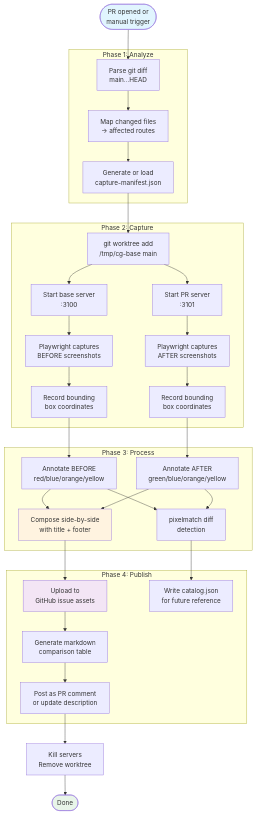
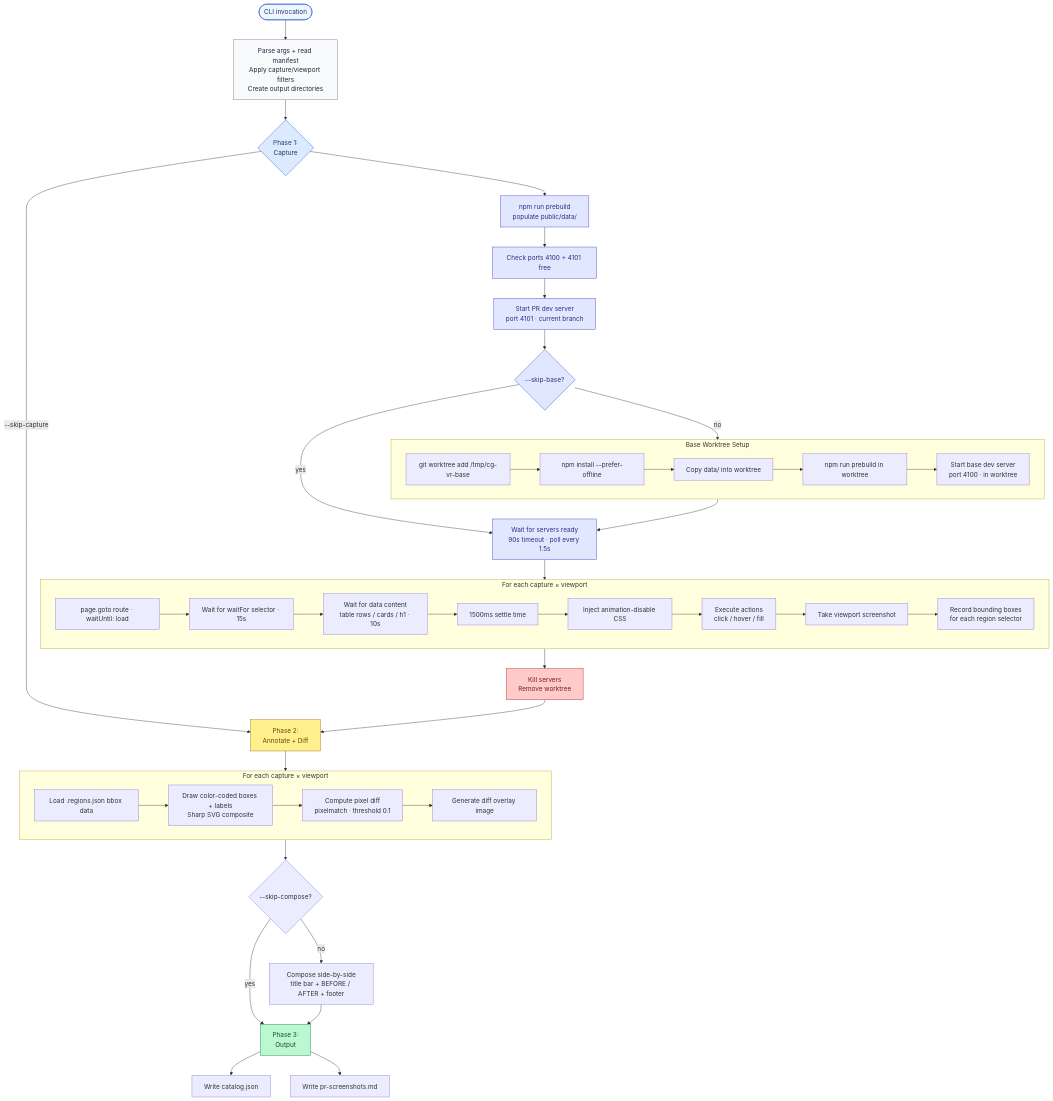
The second of 3 diagrams in docs/visual-regression-system.md (TextureHQ/commongrid), drawn with Mermaid before and after one commit. The commit also changed other lines of this file and 3 other files, not shown here.

Commit message:
docs: rewrite visual regression system as as-built reference with mermaid diagrams

````diff
--- a/docs/visual-regression-system.md
+++ b/docs/visual-regression-system.md
@@ -560,59 +56,69 @@
 ```mermaid
 flowchart TD
-    START([PR opened or<br/>manual trigger]) --> PARSE
+    START([CLI invocation]) --> INIT[Parse args + read manifest<br>Apply capture/viewport filters<br>Create output directories]
 
-    subgraph "Phase 1: Analyze"
-        PARSE[Parse git diff<br/>main...HEAD]
-        ROUTE[Map changed files<br/>→ affected routes]
-        GEN[Generate or load<br/>capture-manifest.json]
-        PARSE --> ROUTE --> GEN
+    INIT --> P1{Phase 1:<br>Capture}
+    P1 -- "--skip-capture" --> P2
+
+    P1 --> PREBUILD[npm run prebuild<br>populate public/data/]
+    PREBUILD --> PORTS[Check ports 4100 + 4101 free]
+    PORTS --> PR_SERVER[Start PR dev server<br>port 4101 · current branch]
+
+    PR_SERVER --> SKIP_BASE{--skip-base?}
+    SKIP_BASE -- yes --> WAIT
+    SKIP_BASE -- no --> WORKTREE
+
+    subgraph WORKTREE [Base Worktree Setup]
+        WT1[git worktree add /tmp/cg-vr-base] --> WT2[npm install --prefer-offline]
+        WT2 --> WT3[Copy data/ into worktree]
+        WT3 --> WT4[npm run prebuild in worktree]
+        WT4 --> WT5[Start base dev server<br>port 4100 · in worktree]
     end
 
-    subgraph "Phase 2: Capture"
-        WORK[git worktree add<br/>/tmp/cg-base main]
-        BASE_S[Start base server<br/>:3100]
-        PR_S[Start PR server<br/>:3101]
-        CAP_B[Playwright captures<br/>BEFORE screenshots]
-        CAP_A[Playwright captures<br/>AFTER screenshots]
-        BBOX_B[Record bounding<br/>box coordinates]
-        BBOX_A[Record bounding<br/>box coordinates]
+    WORKTREE --> WAIT[Wait for servers ready<br>90s timeout · poll every 1.5s]
 
-        WORK --> BASE_S & PR_S
-        BASE_S --> CAP_B --> BBOX_B
-        PR_S --> CAP_A --> BBOX_A
+    WAIT --> CAPTURE
+
+    subgraph CAPTURE [For each capture × viewport]
+        C1[page.goto route · waitUntil: load] --> C2[Wait for waitFor selector · 15s]
+        C2 --> C3[Wait for data content<br>table rows / cards / h1 · 10s]
+        C3 --> C4[1500ms settle time]
+        C4 --> C5[Inject animation-disable CSS]
+        C5 --> C6[Execute actions<br>click / hover / fill]
+        C6 --> C7[Take viewport screenshot]
+        C7 --> C8[Record bounding boxes<br>for each region selector]
     end
 
-    subgraph "Phase 3: Process"
-        ANN_B[Annotate BEFORE<br/>red/blue/orange/yellow]
-        ANN_A[Annotate AFTER<br/>green/blue/orange/yellow]
-        COMP[Compose side-by-side<br/>with title + footer]
-        DIFF[pixelmatch diff<br/>detection]
+    CAPTURE --> CLEANUP[Kill servers<br>Remove worktree]
+    CLEANUP --> P2
 
-        BBOX_B --> ANN_B
-        BBOX_A --> ANN_A
-        ANN_B --> COMP
-        ANN_A --> COMP
-        ANN_B --> DIFF
-        ANN_A --> DIFF
+    P2[Phase 2:<br>Annotate + Diff]
+
+    subgraph ANNOTATE [For each capture × viewport]
+        A1[Load .regions.json bbox data] --> A2[Draw color-coded boxes + labels<br>Sharp SVG composite]
+        A2 --> A3[Compute pixel diff<br>pixelmatch · threshold 0.1]
+        A3 --> A4[Generate diff overlay image]
     end
 
-    subgraph "Phase 4: Publish"
-        UPLOAD_IMG[Upload to<br/>GitHub issue assets]
-        MD_TABLE[Generate markdown<br/>comparison table]
-        PR_COMMENT[Post as PR comment<br/>or update description]
-        CATALOG[Write catalog.json<br/>for future reference]
+    P2 --> ANNOTATE
+    ANNOTATE --> COMPOSE{--skip-compose?}
+    COMPOSE -- no --> SIDE[Compose side-by-side<br>title bar + BEFORE / AFTER + footer]
+    COMPOSE -- yes --> P3
+    SIDE --> P3
 
-        COMP --> UPLOAD_IMG --> MD_TABLE --> PR_COMMENT
-        DIFF --> CATALOG
-    end
+    P3[Phase 3:<br>Output]
+    P3 --> OUT1[Write catalog.json]
+    P3 --> OUT2[Write pr-screenshots.md]
 
-    GEN --> WORK
-
-    CLEANUP[Kill servers<br/>Remove worktree] --> DONE([Done])
-    PR_COMMENT --> CLEANUP
-
-    style START fill:#e1f5fe
-    style DONE fill:#e8f5e9
-    style COMP fill:#fff3e0
-    style UPLOAD_IMG fill:#f3e5f5
+    style START fill:#eff6ff,stroke:#1d4ed8,color:#1e3a5f
+    style INIT fill:#f8fafc,stroke:#64748b,color:#1e293b
+    style P1 fill:#dbeafe,stroke:#1d4ed8,color:#1e3a5f
+    style P2 fill:#fef08a,stroke:#a16207,color:#713f12
+    style P3 fill:#bbf7d0,stroke:#15803d,color:#14532d
+    style PREBUILD fill:#e0e7ff,stroke:#4338ca,color:#312e81
+    style PORTS fill:#e0e7ff,stroke:#4338ca,color:#312e81
+    style PR_SERVER fill:#e0e7ff,stroke:#4338ca,color:#312e81
+    style SKIP_BASE fill:#e0e7ff,stroke:#4338ca,color:#312e81
+    style WAIT fill:#e0e7ff,stroke:#4338ca,color:#312e81
+    style CLEANUP fill:#fecaca,stroke:#b91c1c,color:#7f1d1d
 ```
````
